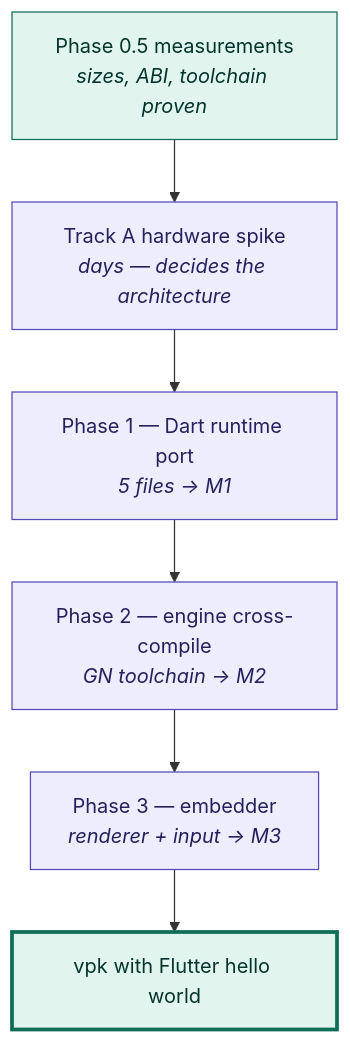
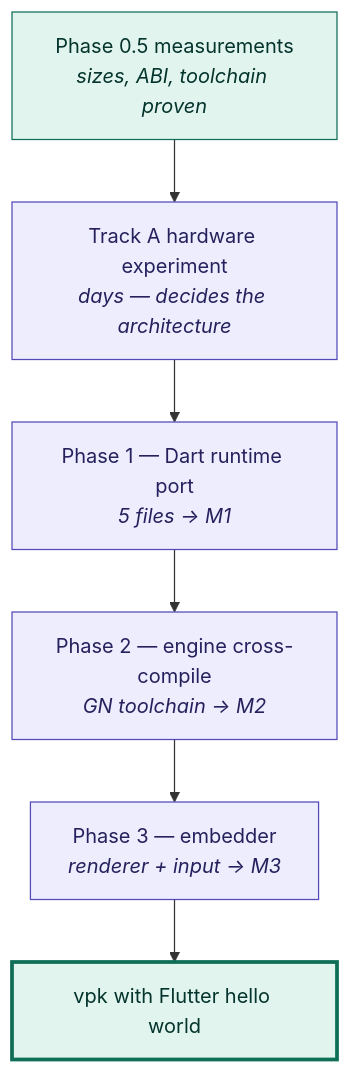
One commit to flutter-vita/flutter-vita changed the diagram in docs/roadmap.md. Above: the diagram before and after it, drawn with Mermaid. The commit also changed other lines of this file and 131 other files, not shown here.

First line of the commit message:
repo: say experiment instead of spike

````diff
--- a/docs/roadmap.md
+++ b/docs/roadmap.md
@@ -18,15 +18,15 @@
 ```mermaid
 flowchart TD
     A["Phase 0.5 measurements<br/><i>sizes, ABI, toolchain proven</i>"]:::done
-    B["Track A hardware spike<br/><i>days — decides the architecture</i>"]:::todo
+    B["Track A hardware experiment<br/><i>days — decides the architecture</i>"]:::todo
     C["Phase 1 — Dart runtime port<br/><i>5 files → M1</i>"]:::todo
     D["Phase 2 — engine cross-compile<br/><i>GN toolchain → M2</i>"]:::todo
     E["Phase 3 — embedder<br/><i>renderer + input → M3</i>"]:::todo
     F["vpk with Flutter hello world"]:::goal
 
     A --> B --> C --> D --> E --> F
 
     classDef done fill:#E1F5EE,stroke:#0F6E56,color:#04342C
     classDef todo fill:#EEEDFE,stroke:#534AB7,color:#26215C
     classDef goal fill:#E1F5EE,stroke:#0F6E56,color:#04342C,stroke-width:3px
 ```
````
